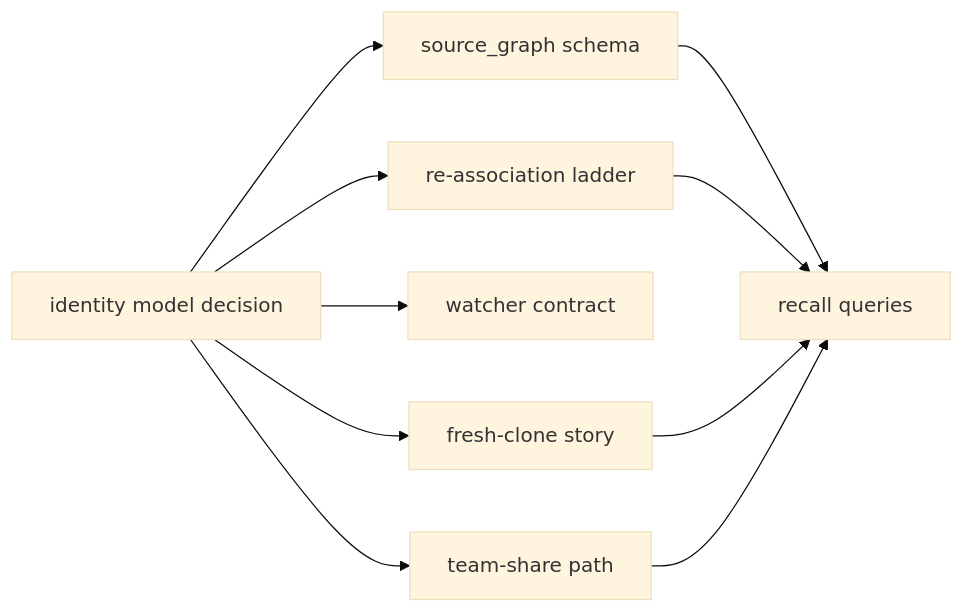
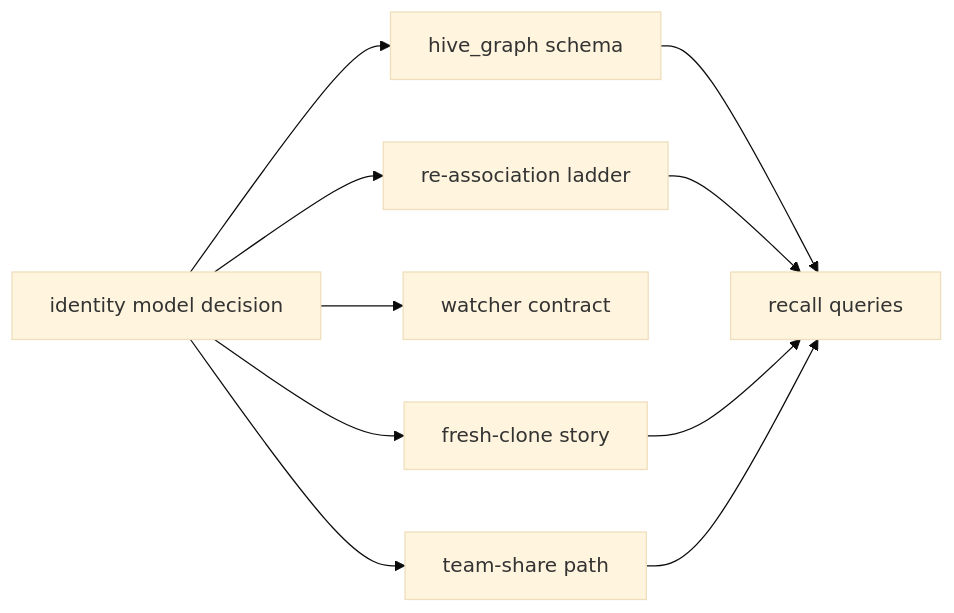
One commit to legioncodeinc/nectar changed the first of 2 diagrams in library/knowledge/private/architecture/identity-model/identity-model-introduction-and-theory.md. Above: the diagram before and after it, drawn with Mermaid (base theme). The commit also changed other lines of this file and 337 other files, not shown here.

````diff
--- a/library/knowledge/private/architecture/identity-model/identity-model-introduction-and-theory.md
+++ b/library/knowledge/private/architecture/identity-model/identity-model-introduction-and-theory.md
@@ -38,12 +38,12 @@
 ```mermaid
 flowchart LR
-    decision["identity model decision"] --> schema["source_graph schema"]
+    decision["identity model decision"] --> schema["hive_graph schema"]
     decision --> ladder["re-association ladder"]
     decision --> watcher["watcher contract"]
     decision --> clone["fresh-clone story"]
     decision --> share["team-share path"]
     schema --> recall["recall queries"]
     ladder --> recall
     clone --> recall
     share --> recall
 ```
````
